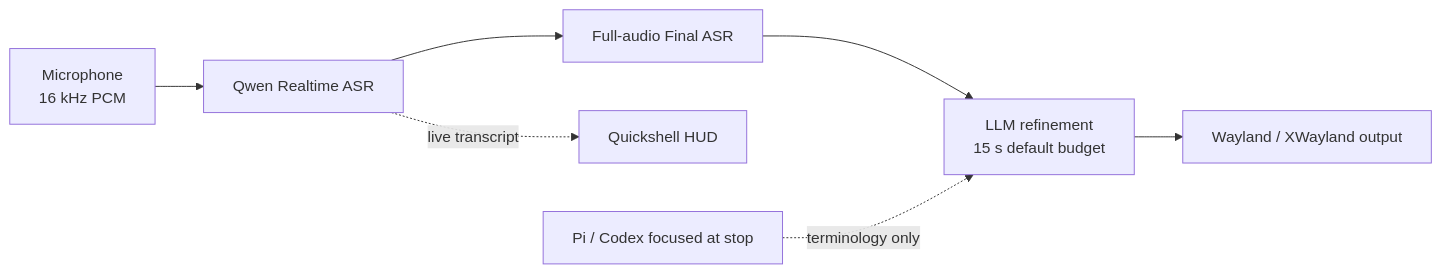
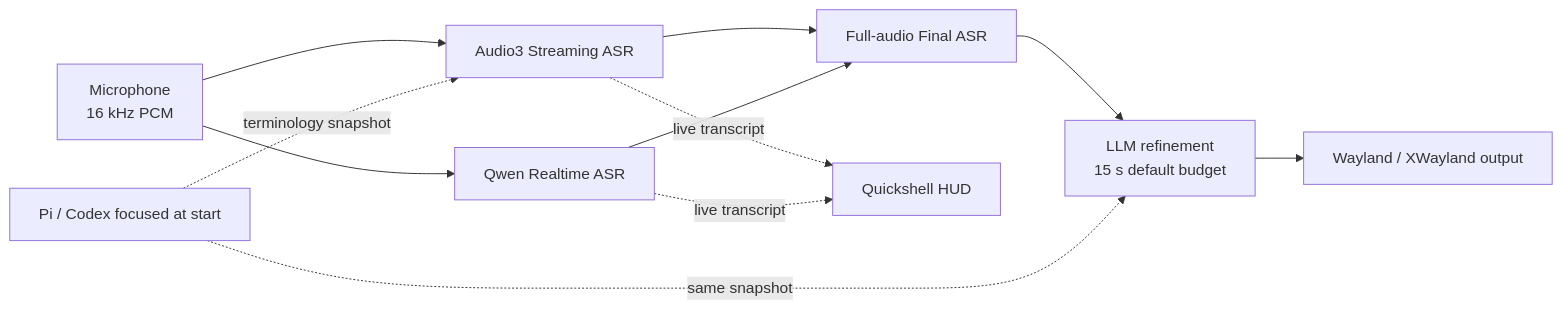
Before and after one commit to Saco93/voice-input: the diagram in README.md, drawn with Mermaid. The commit also changed other lines of this file and 16 other files, not shown here.

````diff
--- a/README.md
+++ b/README.md
@@ -16,9 +16,13 @@
 ```mermaid
 flowchart LR
-    Mic[Microphone<br/>16 kHz PCM] --> RT[Qwen Realtime ASR]
-    RT --> Final[Full-audio Final ASR]
+    Mic[Microphone<br/>16 kHz PCM] --> A3[Audio3 Streaming ASR]
+    Mic --> QR[Qwen Realtime ASR]
+    A3 --> Final[Full-audio Final ASR]
+    QR --> Final
     Final --> LLM[LLM refinement<br/>15 s default budget]
     LLM --> Out[Wayland / XWayland output]
-    RT -. live transcript .-> HUD[Quickshell HUD]
-    Agent[Pi / Codex focused at stop] -. terminology only .-> LLM
+    A3 -. live transcript .-> HUD[Quickshell HUD]
+    QR -. live transcript .-> HUD
+    Agent[Pi / Codex focused at start] -. terminology snapshot .-> A3
+    Agent -. same snapshot .-> LLM
 ```
````
